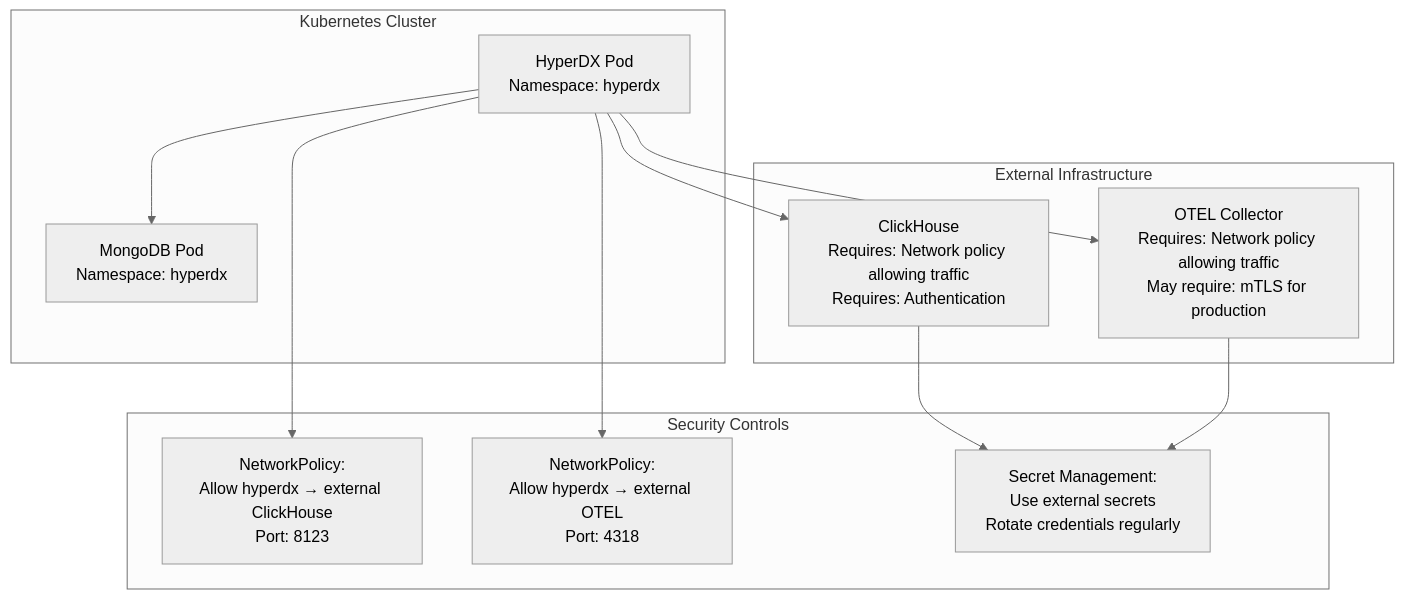
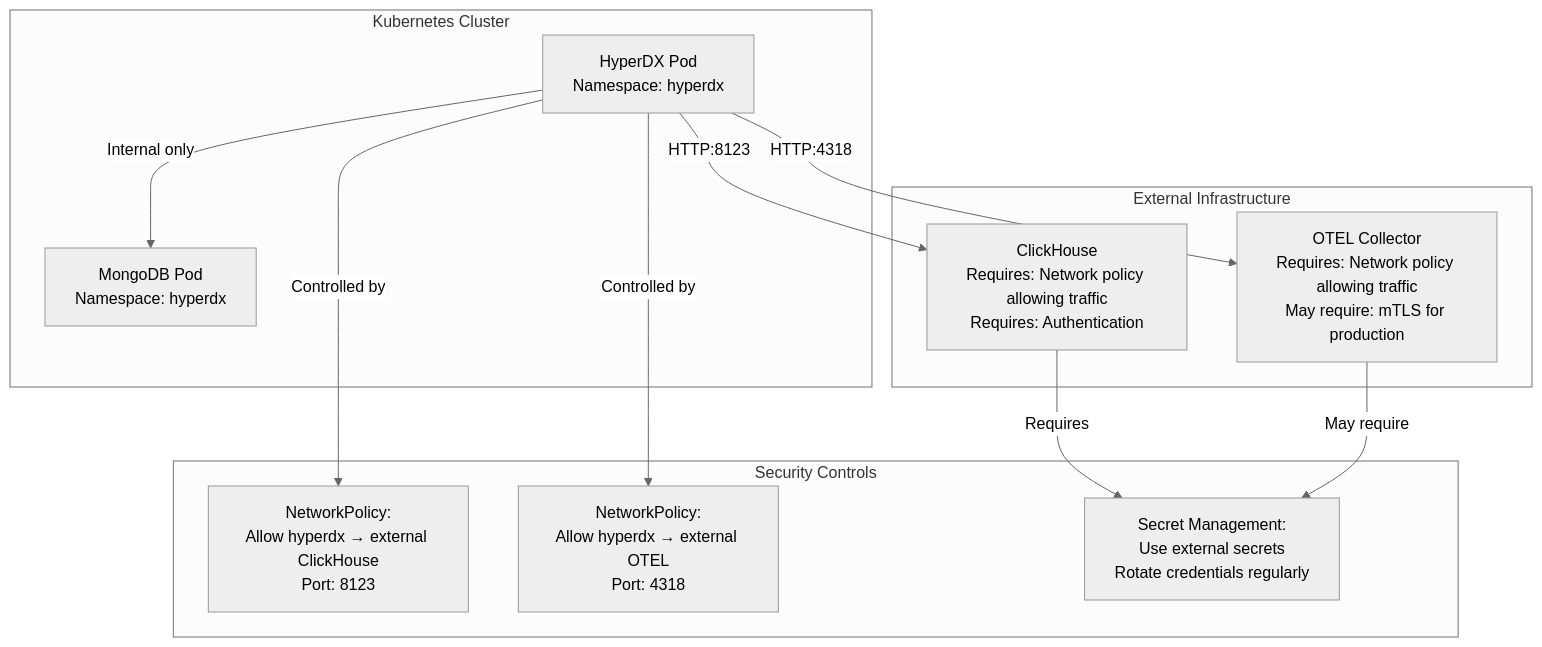
Before and after one commit to openchoreo/openchoreo: the fifth of 5 diagrams in docs/hyperdxio-helm-charts-docs/Minimal-Deployment.md, drawn with Mermaid (neutral theme). The commit also changed other lines of this file and 85 other files, not shown here.

Commit message:
feat: Add new workflow and specification templates, update Helm chart dependencies, and clarify documentation diagrams.

````diff
--- a/docs/hyperdxio-helm-charts-docs/Minimal-Deployment.md
+++ b/docs/hyperdxio-helm-charts-docs/Minimal-Deployment.md
@@ -811,35 +811,35 @@
 ```mermaid
 flowchart TD
 
 HyperDXPod["HyperDX Pod<br>Namespace: hyperdx"]
 MongoPod["MongoDB Pod<br>Namespace: hyperdx"]
 ClickHouseExt["ClickHouse<br>Requires: Network policy allowing traffic<br>Requires: Authentication"]
 OTELExt["OTEL Collector<br>Requires: Network policy allowing traffic<br>May require: mTLS for production"]
 NetworkPolicy1["NetworkPolicy:<br>Allow hyperdx → external ClickHouse<br>Port: 8123"]
 NetworkPolicy2["NetworkPolicy:<br>Allow hyperdx → external OTEL<br>Port: 4318"]
 SecretMgmt["Secret Management:<br>Use external secrets<br>Rotate credentials regularly"]
 
-HyperDXPod --> NetworkPolicy1
-HyperDXPod --> NetworkPolicy2
-HyperDXPod --> ClickHouseExt
-HyperDXPod --> OTELExt
-ClickHouseExt --> SecretMgmt
-OTELExt --> SecretMgmt
+HyperDXPod -->|"Controlled by"| NetworkPolicy1
+HyperDXPod -->|"Controlled by"| NetworkPolicy2
+HyperDXPod -->|"HTTP:8123"| ClickHouseExt
+HyperDXPod -->|"HTTP:4318"| OTELExt
+ClickHouseExt -->|"Requires"| SecretMgmt
+OTELExt -->|"May require"| SecretMgmt
 
 subgraph subGraph2 ["Security Controls"]
     NetworkPolicy1
     NetworkPolicy2
     SecretMgmt
 end
 
 subgraph subGraph1 ["External Infrastructure"]
     ClickHouseExt
     OTELExt
 end
 
 subgraph subGraph0 ["Kubernetes Cluster"]
     HyperDXPod
     MongoPod
-    HyperDXPod --> MongoPod
+    HyperDXPod -->|"Internal only"| MongoPod
 end
 ```
````
